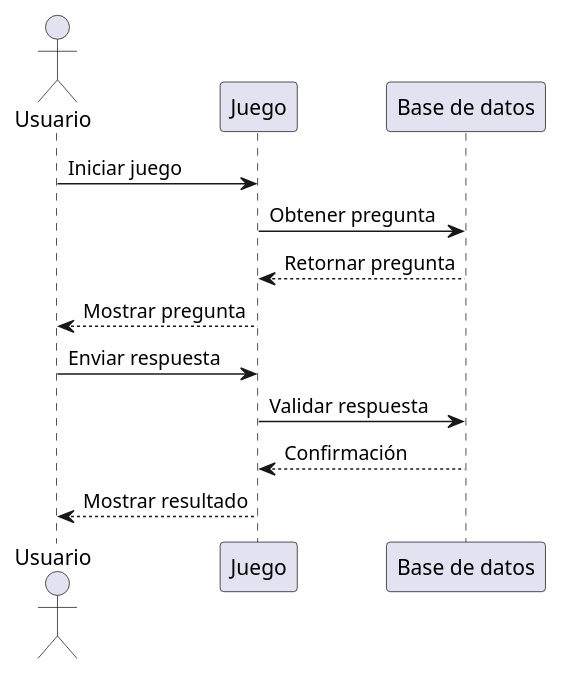
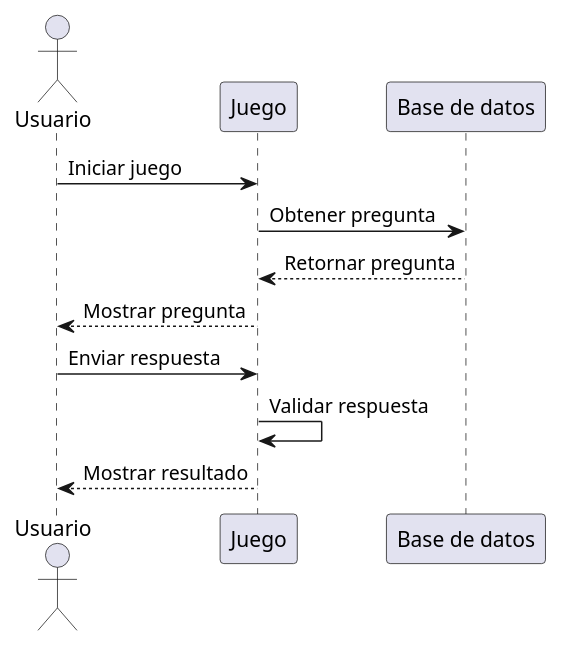
One commit to JavierSanabriaMiranda/wichat_es4a changed the second of 5 diagrams in docs/src/06_runtime_view.adoc. Above: the diagram before and after it, drawn with PlantUML. The commit also changed 1 other file, not shown here.

Commit message:
cambio de validación de la base de datos al propio juego

```diff
--- a/docs/src/06_runtime_view.adoc
+++ b/docs/src/06_runtime_view.adoc
@@ -54,14 +54,13 @@
 [plantuml,"Question Game Sequence",png]
 ----
 actor Usuario
 participant "Juego" as J
 participant "Base de datos" as DB
 Usuario -> J: Iniciar juego
 J -> DB: Obtener pregunta
 DB --> J: Retornar pregunta
 J --> Usuario: Mostrar pregunta
 Usuario -> J: Enviar respuesta
-J -> DB: Validar respuesta
-DB --> J: Confirmación
+J -> J: Validar respuesta
 J --> Usuario: Mostrar resultado
 ----
```
